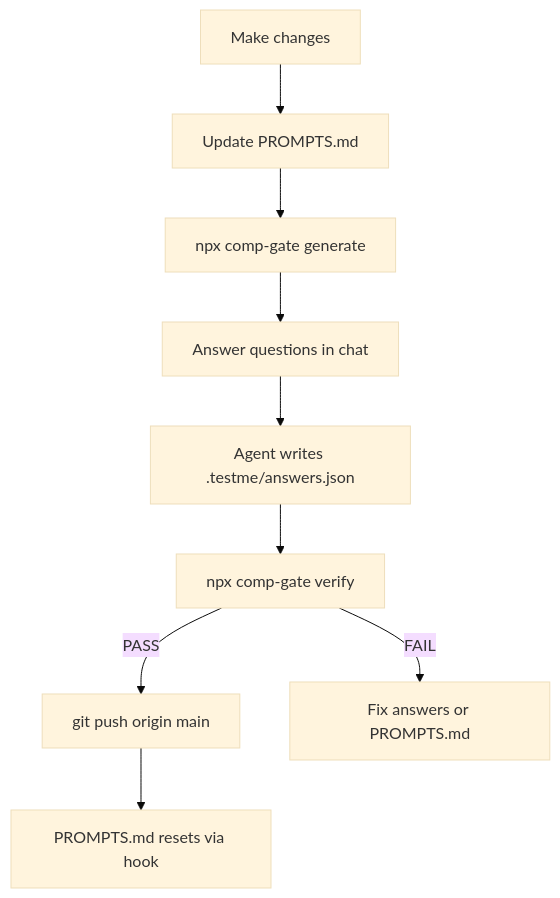
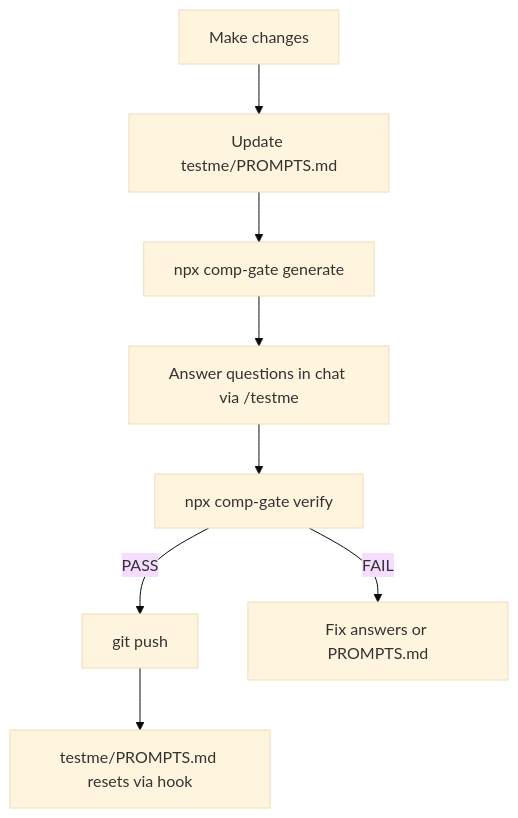
One commit to ROrmand/testme changed the diagram in README.md. Above: the diagram before and after it, drawn with Mermaid (base theme). The commit also changed other lines of this file and 62 other files, not shown here.

````diff
--- a/README.md
+++ b/README.md
@@ -114,11 +94,10 @@
 ```mermaid
 flowchart TD
-    work[Make changes] --> prompts[Update PROMPTS.md]
+    work[Make changes] --> prompts[Update testme/PROMPTS.md]
     prompts --> gen[npx comp-gate generate]
-    gen --> answer[Answer questions in chat]
-    answer --> write[Agent writes .testme/answers.json]
-    write --> verify[npx comp-gate verify]
-    verify -->|PASS| push[git push origin main]
+    gen --> answer[Answer questions in chat via /testme]
+    answer --> verify[npx comp-gate verify]
+    verify -->|PASS| push[git push]
     verify -->|FAIL| fix[Fix answers or PROMPTS.md]
-    push --> reset[PROMPTS.md resets via hook]
+    push --> reset[testme/PROMPTS.md resets via hook]
 ```
````
